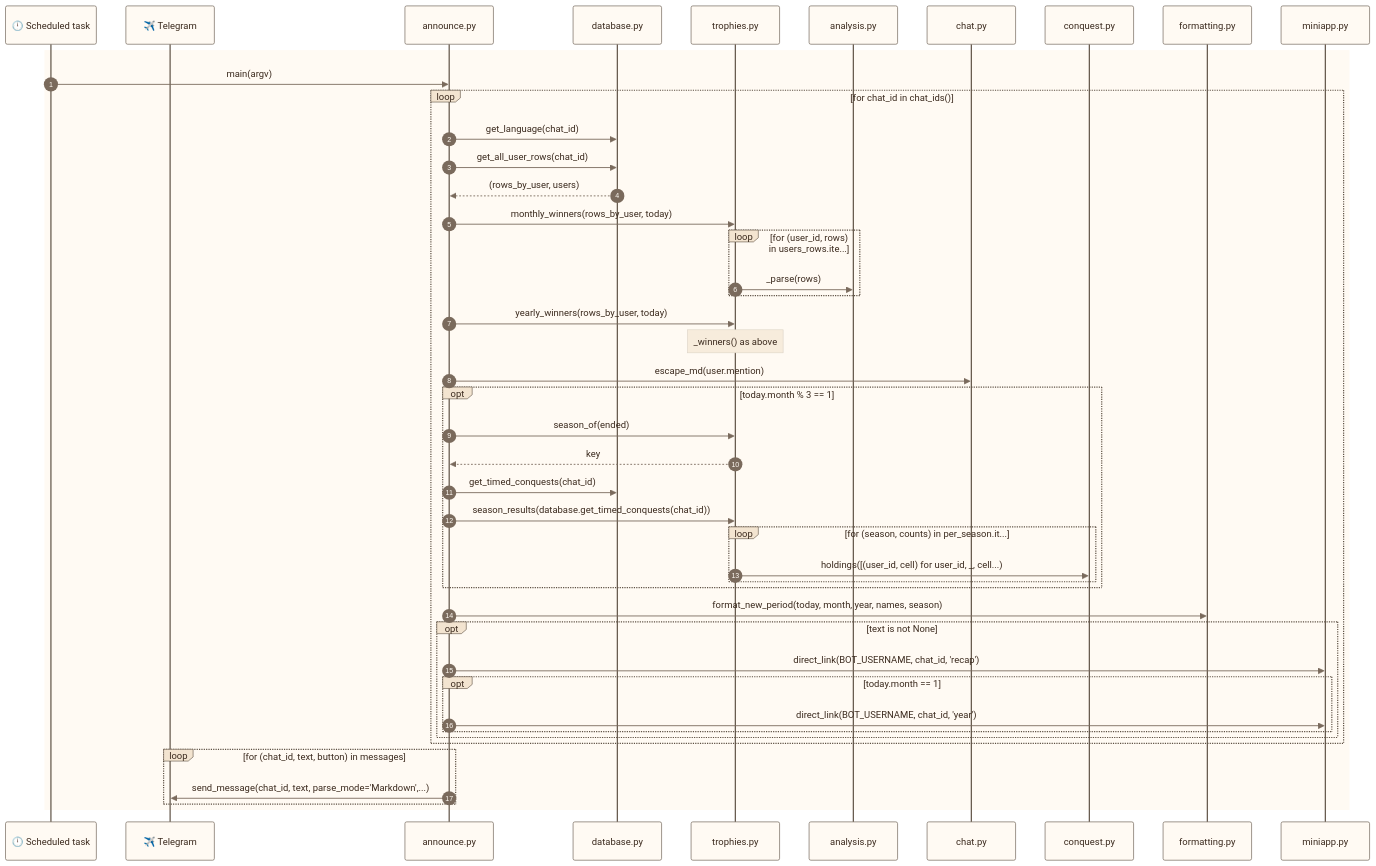
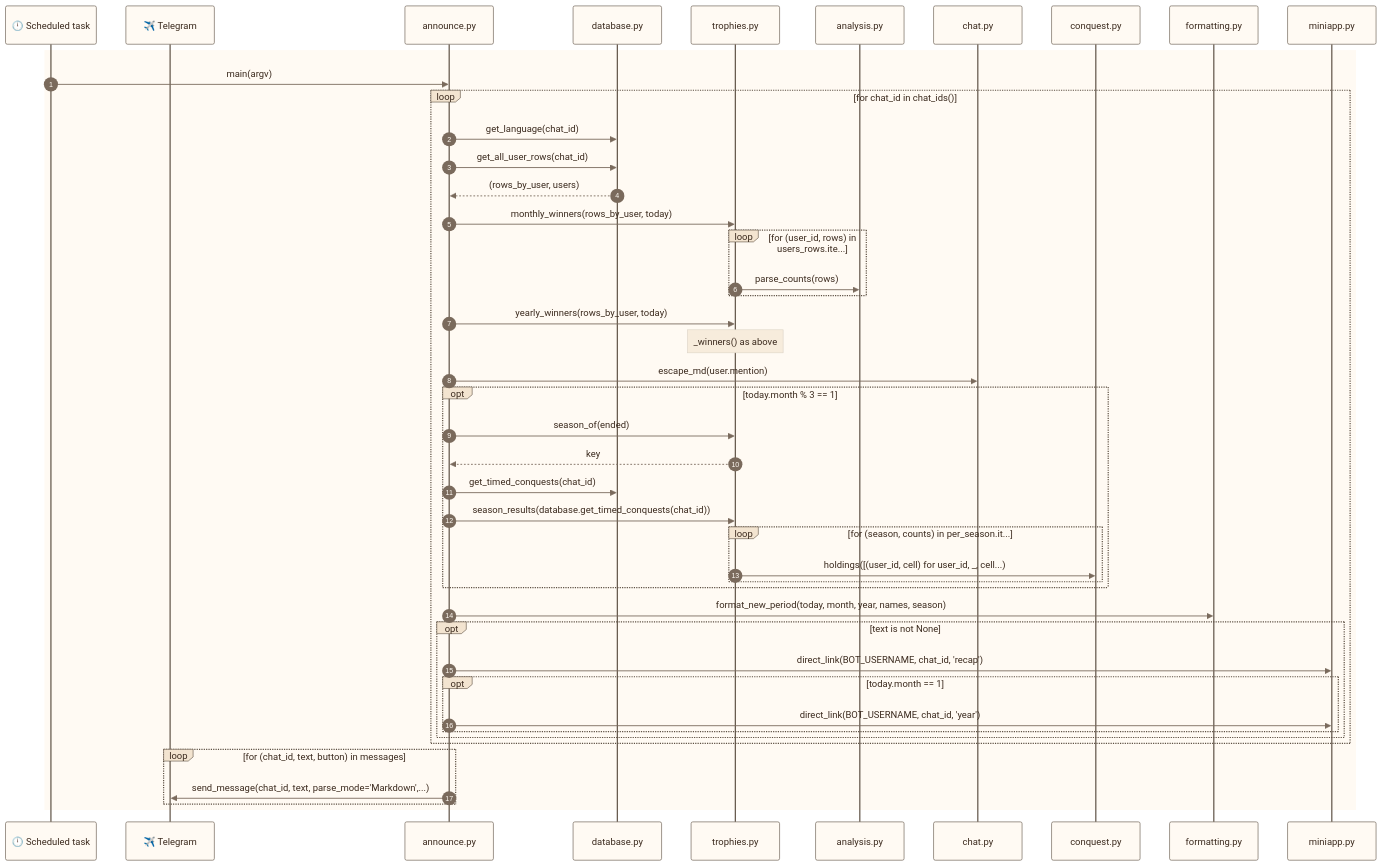
Diagram 42 of 42 in docs/use_cases.md (francescoperrino/Caccometro), drawn with Mermaid before and after one commit. The commit also changed other lines of this file and 22 other files, not shown here.

````diff
--- a/docs/use_cases.md
+++ b/docs/use_cases.md
@@ -3573,79 +3506,79 @@
 ```mermaid
 ---
 config:
   theme: base
   themeVariables:
     fontFamily: "Nunito, Segoe UI, Roboto, sans-serif"
     primaryColor: "#fffaf3"
     primaryTextColor: "#3b2a1e"
     primaryBorderColor: "#eadccb"
     secondaryColor: "#f7ecdc"
     tertiaryColor: "#f3e4d0"
     lineColor: "#7a6a5c"
     textColor: "#3b2a1e"
     edgeLabelBackground: "#fffaf3"
     clusterBkg: "#f3e4d0"
     clusterBorder: "#cbbca9"
     titleColor: "#5c4f42"
     noteBkgColor: "#f7ecdc"
     noteTextColor: "#3b2a1e"
     actorBkg: "#fffaf3"
     actorBorder: "#5c4f42"
     actorTextColor: "#3b2a1e"
     signalColor: "#7a6a5c"
     signalTextColor: "#3b2a1e"
     labelBoxBkgColor: "#f3e4d0"
     loopTextColor: "#3b2a1e"
     sequenceNumberColor: "#fffaf3"
     xyChart:
       plotColorPalette: "#2f4f8f"
 ---
 sequenceDiagram
     accTitle: Sequence diagram, Midnight announcement (scheduled task)
     accDescr: The calls between the modules in time order, starting from announce.main
     autonumber
     participant task as 🕛 Scheduled task
     participant telegram as ✈️ Telegram
     participant announce as announce.py
     participant database as database.py
     participant trophies as trophies.py
     participant analysis as analysis.py
     participant chat as chat.py
     participant conquest as conquest.py
     participant formatting as formatting.py
     participant miniapp as miniapp.py
     rect rgb(255, 250, 243)
         task->>announce: main(argv)
         loop for chat_id in chat_ids()
             announce->>database: get_language(chat_id)
             announce->>database: get_all_user_rows(chat_id)
             database-->>announce: (rows_by_user, users)
             announce->>trophies: monthly_winners(rows_by_user, today)
             loop for (user_id, rows) in users_rows.ite...
-                trophies->>analysis: _parse(rows)
+                trophies->>analysis: parse_counts(rows)
             end
             announce->>trophies: yearly_winners(rows_by_user, today)
             Note over trophies: _winners() as above
             announce->>chat: escape_md(user.mention)
             opt today.month % 3 == 1
                 announce->>trophies: season_of(ended)
                 trophies-->>announce: key
                 announce->>database: get_timed_conquests(chat_id)
                 announce->>trophies: season_results(database.get_timed_conquests(chat_id))
                 loop for (season, counts) in per_season.it...
                     trophies->>conquest: holdings([(user_id, cell) for user_id, _, cell...)
                 end
             end
             announce->>formatting: format_new_period(today, month, year, names, season)
             opt text is not None
                 announce->>miniapp: direct_link(BOT_USERNAME, chat_id, 'recap')
                 opt today.month == 1
                     announce->>miniapp: direct_link(BOT_USERNAME, chat_id, 'year')
                 end
             end
         end
         loop for (chat_id, text, button) in messages
             announce->>telegram: send_message(chat_id, text, parse_mode='Markdown',...)
         end
     end
 ```
````
